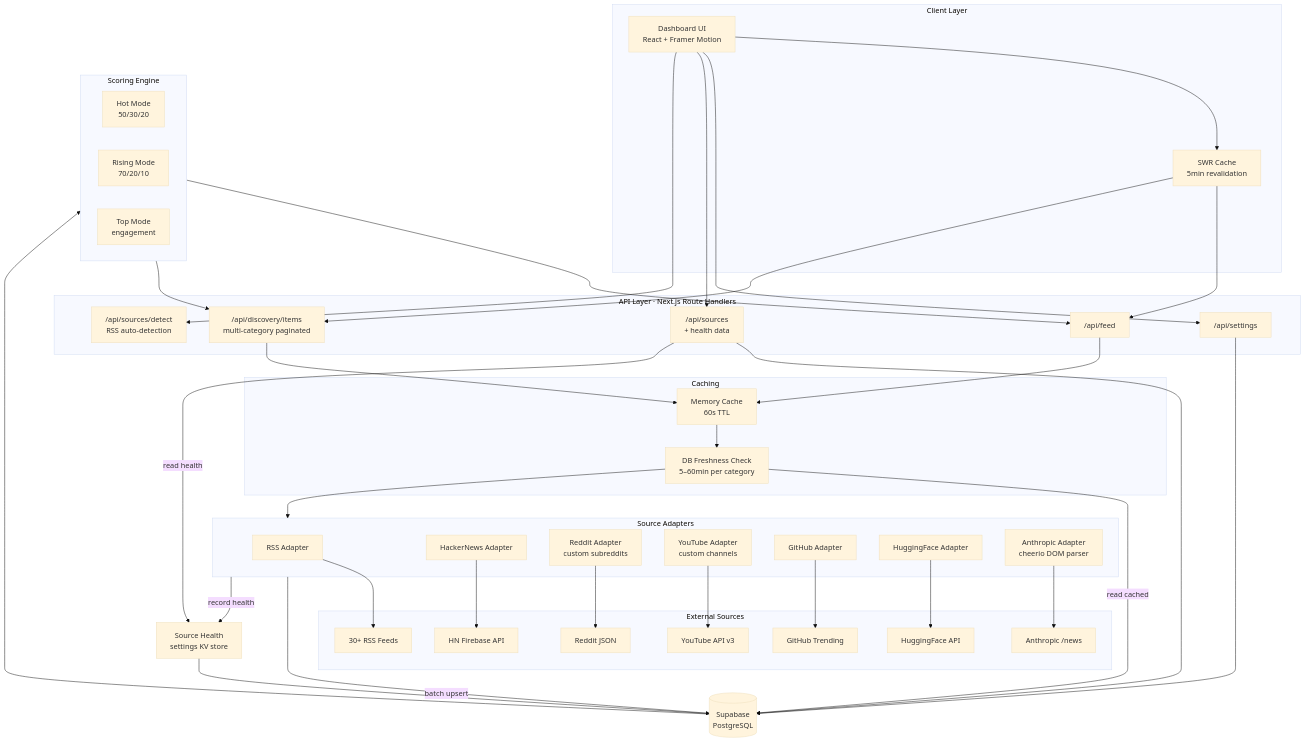
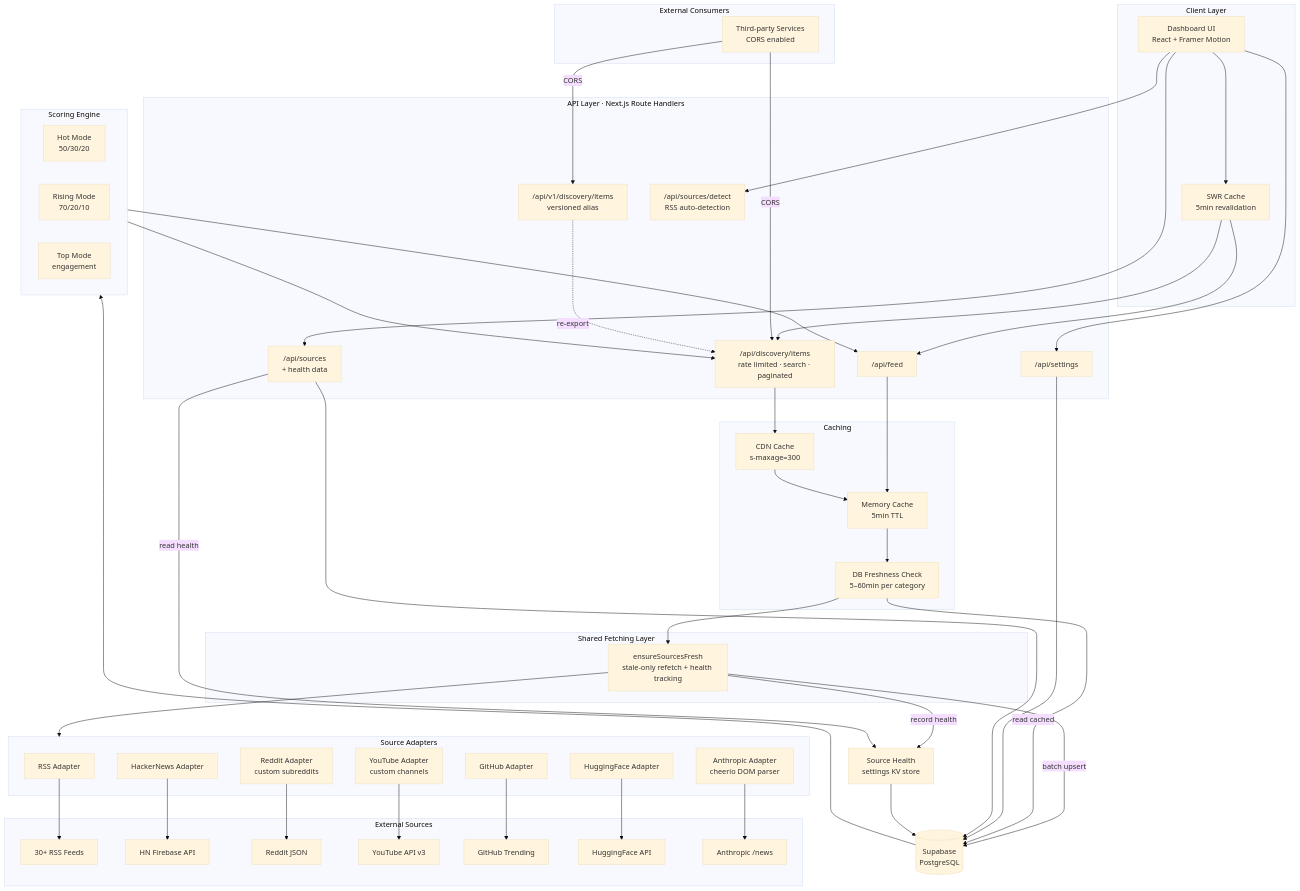
One commit to yairbederman/AI-Trends-Dashboard changed the diagram in docs/architecture.mmd. Above: the diagram before and after it, drawn with Mermaid (base theme). The commit also changed 14 other files, not shown here.

```diff
--- a/docs/architecture.mmd
+++ b/docs/architecture.mmd
@@ -1,79 +1,95 @@
 flowchart TD
     subgraph Client["Client Layer"]
         UI[Dashboard UI<br/>React + Framer Motion]
         SWR[SWR Cache<br/>5min revalidation]
     end
 
+    subgraph ExtConsumers["External Consumers"]
+        ThirdParty[Third-party Services<br/>CORS enabled]
+    end
+
     subgraph API["API Layer · Next.js Route Handlers"]
         Feed["/api/feed"]
-        Discovery["/api/discovery/items<br/>multi-category paginated"]
+        Discovery["/api/discovery/items<br/>rate limited · search · paginated"]
+        V1["/api/v1/discovery/items<br/>versioned alias"]
         Settings["/api/settings"]
         Sources["/api/sources<br/>+ health data"]
         Detect["/api/sources/detect<br/>RSS auto-detection"]
     end
 
     subgraph Cache["Caching"]
-        MemCache[Memory Cache<br/>60s TTL]
+        MemCache[Memory Cache<br/>5min TTL]
+        CDNCache[CDN Cache<br/>s-maxage=300]
         DBCache[DB Freshness Check<br/>5–60min per category]
+    end
+
+    subgraph Fetching["Shared Fetching Layer"]
+        EnsureFresh[ensureSourcesFresh<br/>stale-only refetch + health tracking]
     end
 
     subgraph Adapters["Source Adapters"]
         RSS[RSS Adapter]
         HN[HackerNews Adapter]
         Reddit[Reddit Adapter<br/>custom subreddits]
         YT[YouTube Adapter<br/>custom channels]
         GH[GitHub Adapter]
         HF[HuggingFace Adapter]
         Anth[Anthropic Adapter<br/>cheerio DOM parser]
     end
 
     subgraph Scoring["Scoring Engine"]
         Hot[Hot Mode<br/>50/30/20]
         Rising[Rising Mode<br/>70/20/10]
         Top[Top Mode<br/>engagement]
     end
 
     subgraph External["External Sources"]
         RSSFeeds[30+ RSS Feeds]
         HNAPI[HN Firebase API]
         RedditJSON[Reddit JSON]
         YTAPI[YouTube API v3]
         GHTrending[GitHub Trending]
         HFAPI[HuggingFace API]
         AnthNews[Anthropic /news]
     end
 
     DB[(Supabase<br/>PostgreSQL)]
     Health[Source Health<br/>settings KV store]
 
     UI --> SWR
     SWR --> Feed
     SWR --> Discovery
     UI --> Settings
     UI --> Sources
     UI --> Detect
 
+    ThirdParty -->|CORS| Discovery
+    ThirdParty -->|CORS| V1
+    V1 -.->|re-export| Discovery
+
     Feed --> MemCache
-    Discovery --> MemCache
+    Discovery --> CDNCache
+    CDNCache --> MemCache
     MemCache --> DBCache
-    DBCache --> Adapters
+    DBCache --> EnsureFresh
+    EnsureFresh --> Adapters
 
     RSS --> RSSFeeds
     HN --> HNAPI
     Reddit --> RedditJSON
     YT --> YTAPI
     GH --> GHTrending
     HF --> HFAPI
     Anth --> AnthNews
 
-    Adapters -->|batch upsert| DB
-    Adapters -->|record health| Health
+    EnsureFresh -->|batch upsert| DB
+    EnsureFresh -->|record health| Health
     DBCache -->|read cached| DB
     Settings --> DB
     Sources --> DB
     Sources -->|read health| Health
     Health --> DB
 
     DB --> Scoring
     Scoring --> Feed
     Scoring --> Discovery
```
